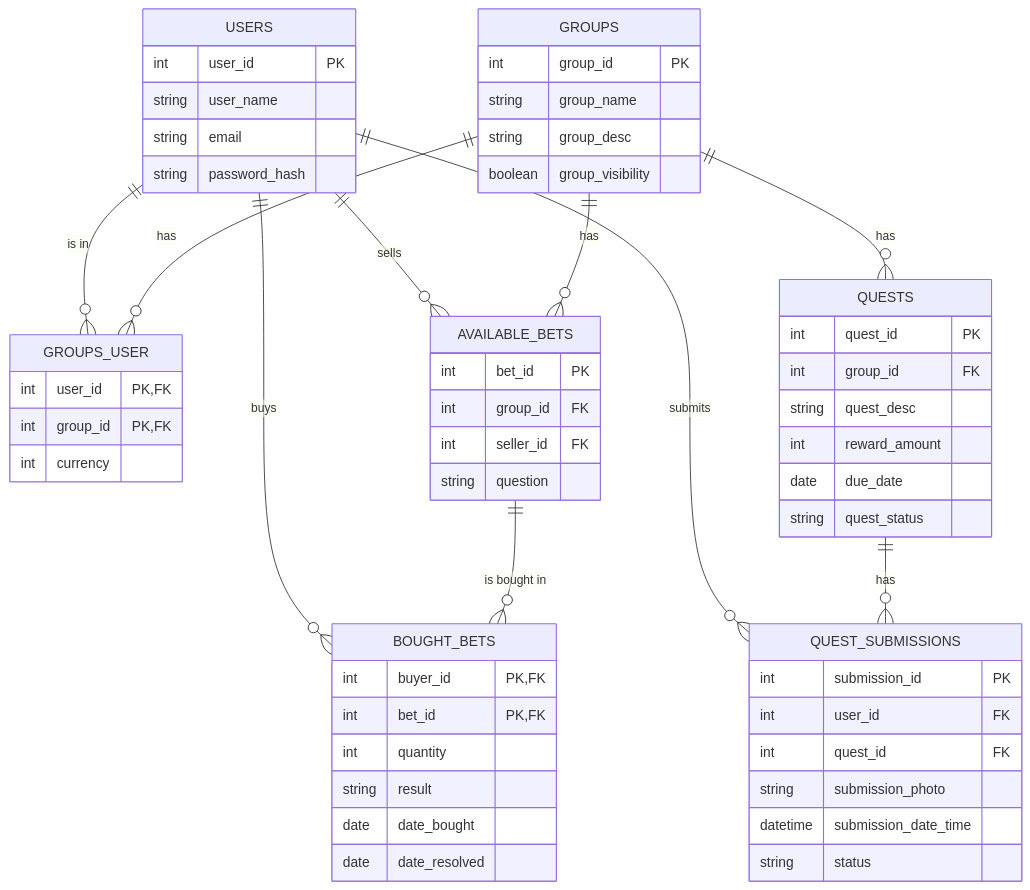
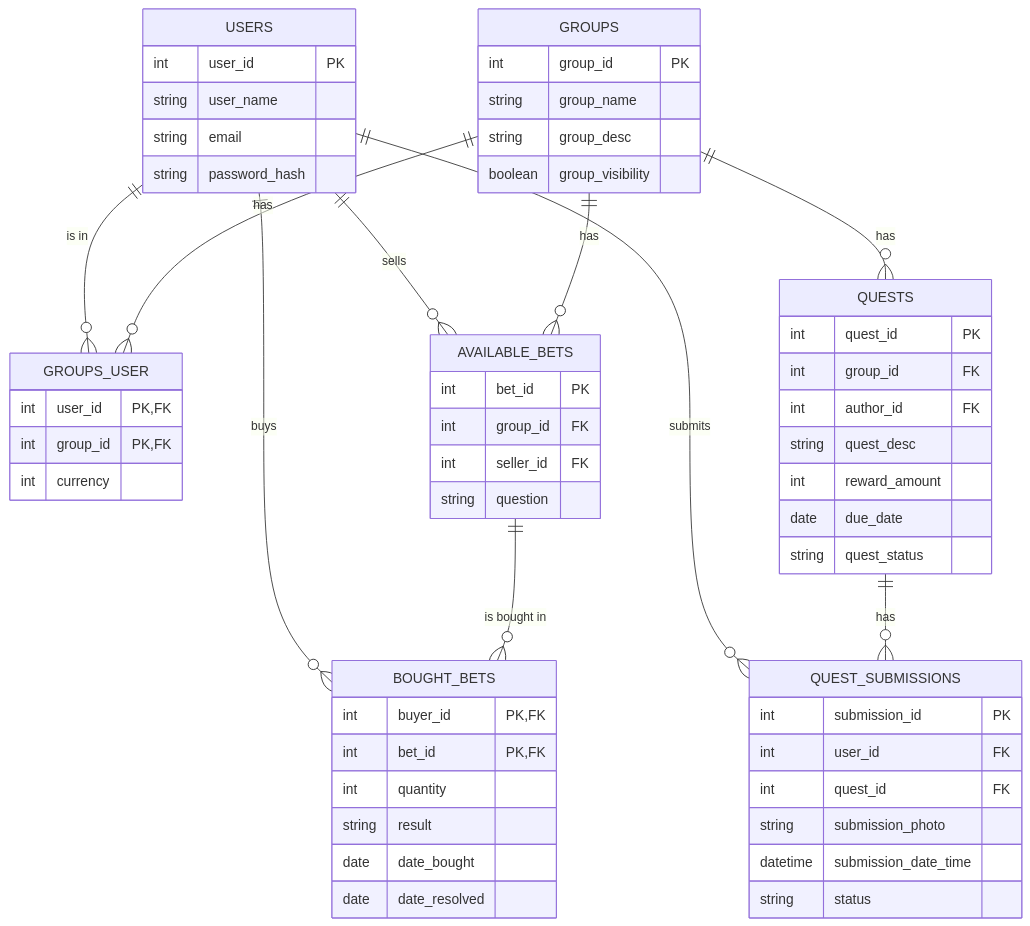
The diagram in docs/erd.md (jdolak/sidequest), drawn with Mermaid before and after one commit.

````diff
--- a/docs/erd.md
+++ b/docs/erd.md
@@ -1,67 +1,68 @@
 ```mermaid
 erDiagram
     USERS {
         int user_id PK
         string user_name
         string email
         string password_hash
     }
 
     GROUPS {
         int group_id PK
         string group_name
         string group_desc
         boolean group_visibility
     }
 
     GROUPS_USER {
         int user_id PK,FK
         int group_id PK,FK
         int currency
     }
 
     AVAILABLE_BETS {
         int bet_id PK
         int group_id FK
         int seller_id FK
         string question
     }
 
     BOUGHT_BETS {
         int buyer_id PK,FK
         int bet_id PK,FK
         int quantity
         string result
         date date_bought
         date date_resolved
     }
 
     QUESTS {
         int quest_id PK
         int group_id FK
+        int author_id FK
         string quest_desc
         int reward_amount
         date due_date
         string quest_status
     }
 
     QUEST_SUBMISSIONS {
         int submission_id PK
         int user_id FK
         int quest_id FK
         string submission_photo
         datetime submission_date_time
         string status
     }
 
     USERS ||--o{ GROUPS_USER : "is in"
     GROUPS ||--o{ GROUPS_USER : "has"
     USERS ||--o{ AVAILABLE_BETS : "sells"
     GROUPS ||--o{ AVAILABLE_BETS : "has"
     USERS ||--o{ BOUGHT_BETS : "buys"
     AVAILABLE_BETS ||--o{ BOUGHT_BETS : "is bought in"
     GROUPS ||--o{ QUESTS : "has"
     USERS ||--o{ QUEST_SUBMISSIONS : "submits"
     QUESTS ||--o{ QUEST_SUBMISSIONS : "has"
 
 ```
````
